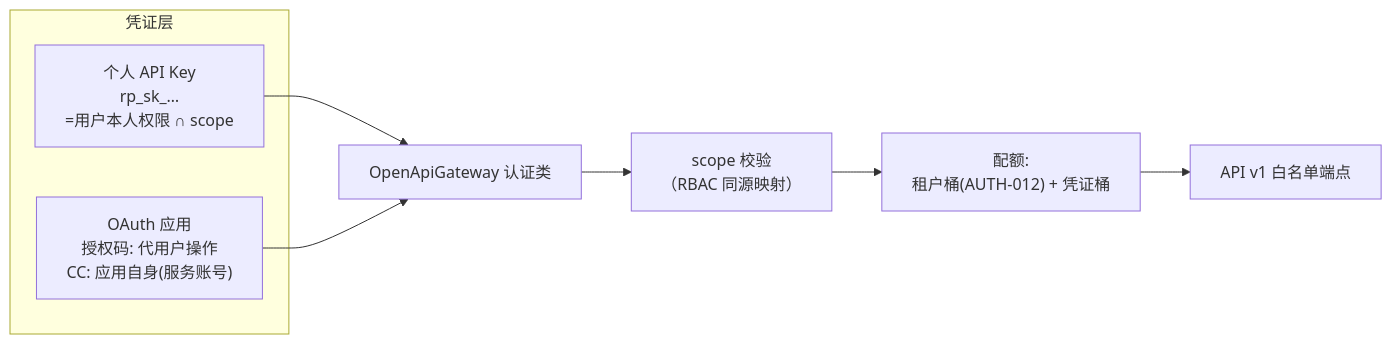
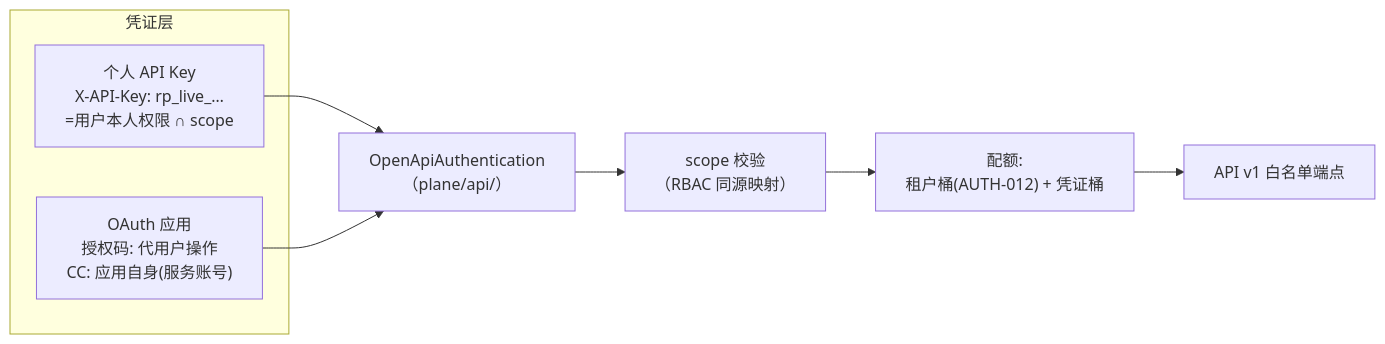
The first of 2 diagrams in docs/sprint-future-p4/INTG-004-open-api.md (RabbitAI-Lab/RabbitProjects), drawn with Mermaid before and after one commit. The commit also changed other lines of this file and 10 other files, not shown here.

````diff
--- a/docs/sprint-future-p4/INTG-004-open-api.md
+++ b/docs/sprint-future-p4/INTG-004-open-api.md
@@ -71,12 +72,12 @@
 ```mermaid
 flowchart LR
     subgraph CRED["凭证层"]
-        PAK["个人 API Key<br/>rp_sk_…<br/>=用户本人权限 ∩ scope"]
+        PAK["个人 API Key<br/>X-API-Key: rp_live_…<br/>=用户本人权限 ∩ scope"]
         APP["OAuth 应用<br/>授权码: 代用户操作<br/>CC: 应用自身(服务账号)"]
     end
-    PAK --> GATE["OpenApiGateway 认证类"]
+    PAK --> GATE["OpenApiAuthentication<br/>（plane/api/）"]
     APP --> GATE
     GATE --> SCOPE["scope 校验<br/>（RBAC 同源映射）"]
     SCOPE --> RATE["配额:<br/>租户桶(AUTH-012) + 凭证桶"]
     RATE --> API["API v1 白名单端点"]
 ```
````
